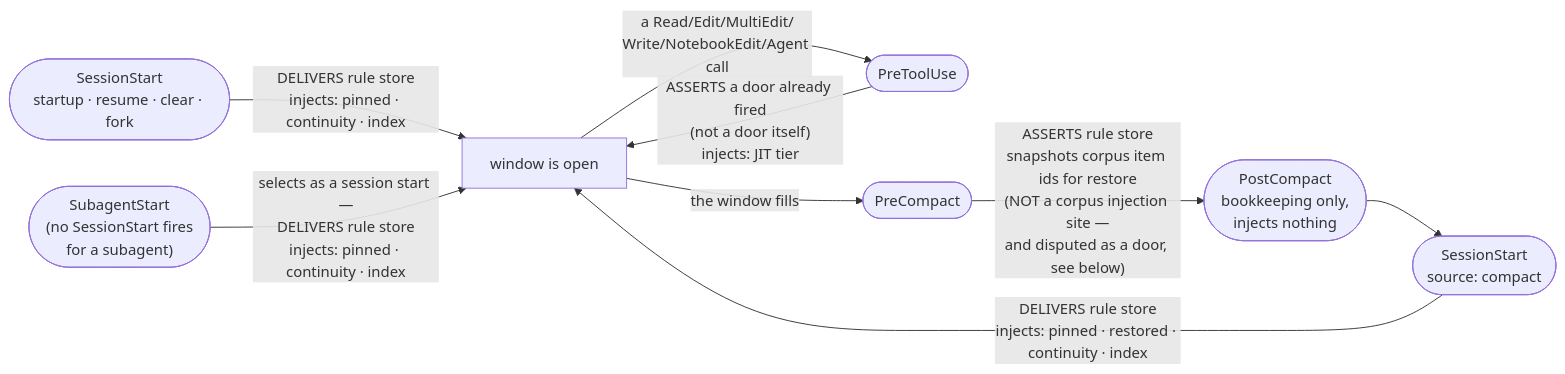
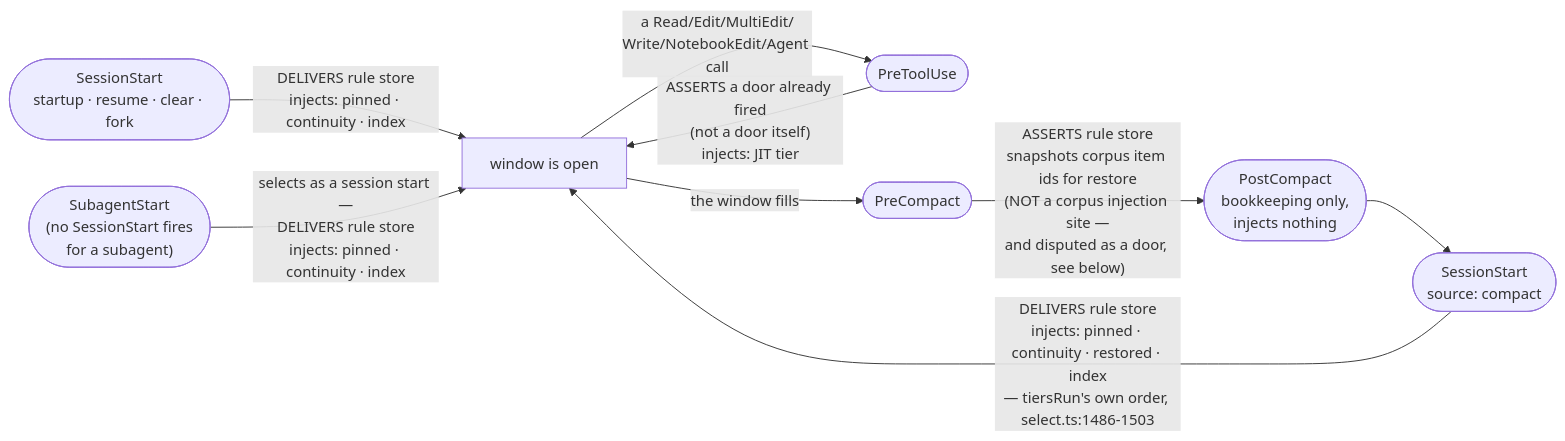
Before and after one commit to Dudi-Bar-On/my-context: the second of 3 diagrams in docs/capabilities/02-injection.md, drawn with Mermaid. The commit also changed other lines of this file and 35 other files, not shown here.

````diff
--- a/docs/capabilities/02-injection.md
+++ b/docs/capabilities/02-injection.md
@@ -155,11 +178,11 @@
 ```mermaid
 flowchart LR
   SS(["SessionStart<br/>startup · resume · clear · fork"]) -->|"DELIVERS rule store<br/>injects: pinned · continuity · index"| OPEN["window is open"]
   SA(["SubagentStart<br/>(no SessionStart fires<br/>for a subagent)"]) -->|"selects as a session start —<br/>DELIVERS rule store<br/>injects: pinned · continuity · index"| OPEN
   OPEN -->|"a Read/Edit/MultiEdit/<br/>Write/NotebookEdit/Agent call"| PTU(["PreToolUse"])
   PTU -->|"ASSERTS a door already fired<br/>(not a door itself)<br/>injects: JIT tier"| OPEN
   OPEN -->|"the window fills"| PC(["PreCompact"])
   PC -->|"ASSERTS rule store<br/>snapshots corpus item ids for restore<br/>(NOT a corpus injection site —<br/>and disputed as a door, see below)"| POC(["PostCompact<br/>bookkeeping only,<br/>injects nothing"])
   POC --> SSC(["SessionStart<br/>source: compact"])
-  SSC -->|"DELIVERS rule store<br/>injects: pinned · restored · continuity · index"| OPEN
+  SSC -->|"DELIVERS rule store<br/>injects: pinned · continuity · restored · index<br/>— tiersRun's own order, select.ts:1486-1503"| OPEN
 ```
````
